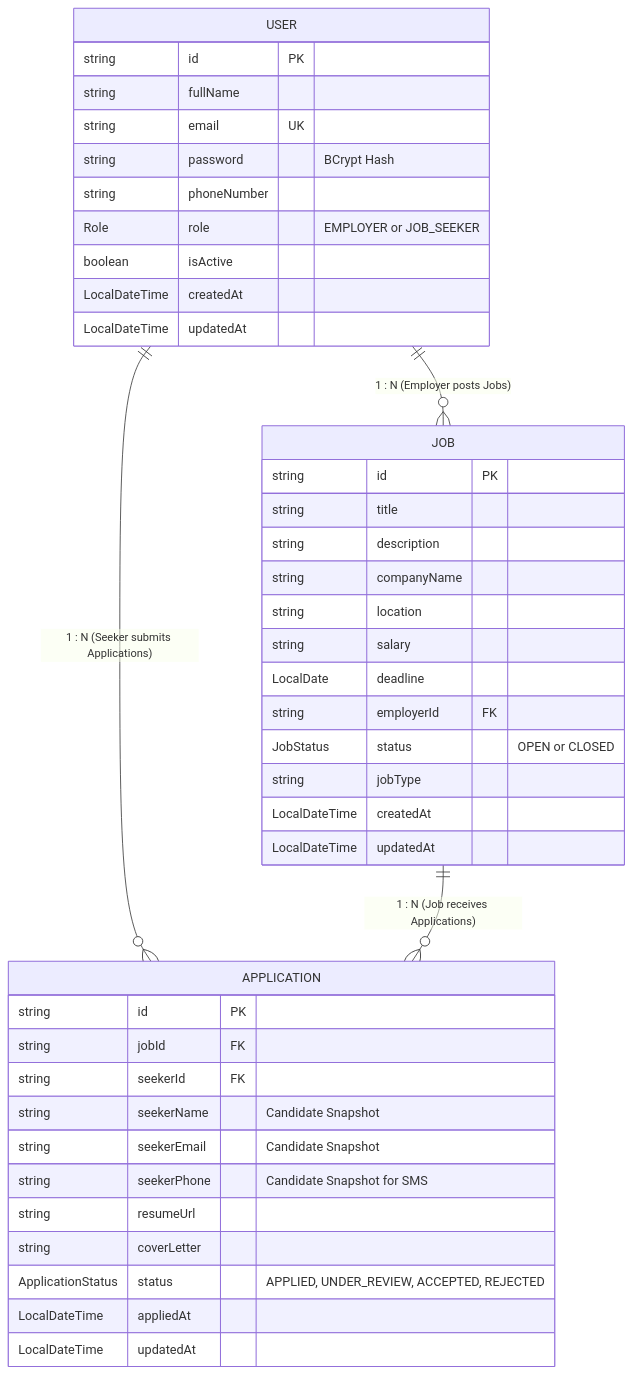
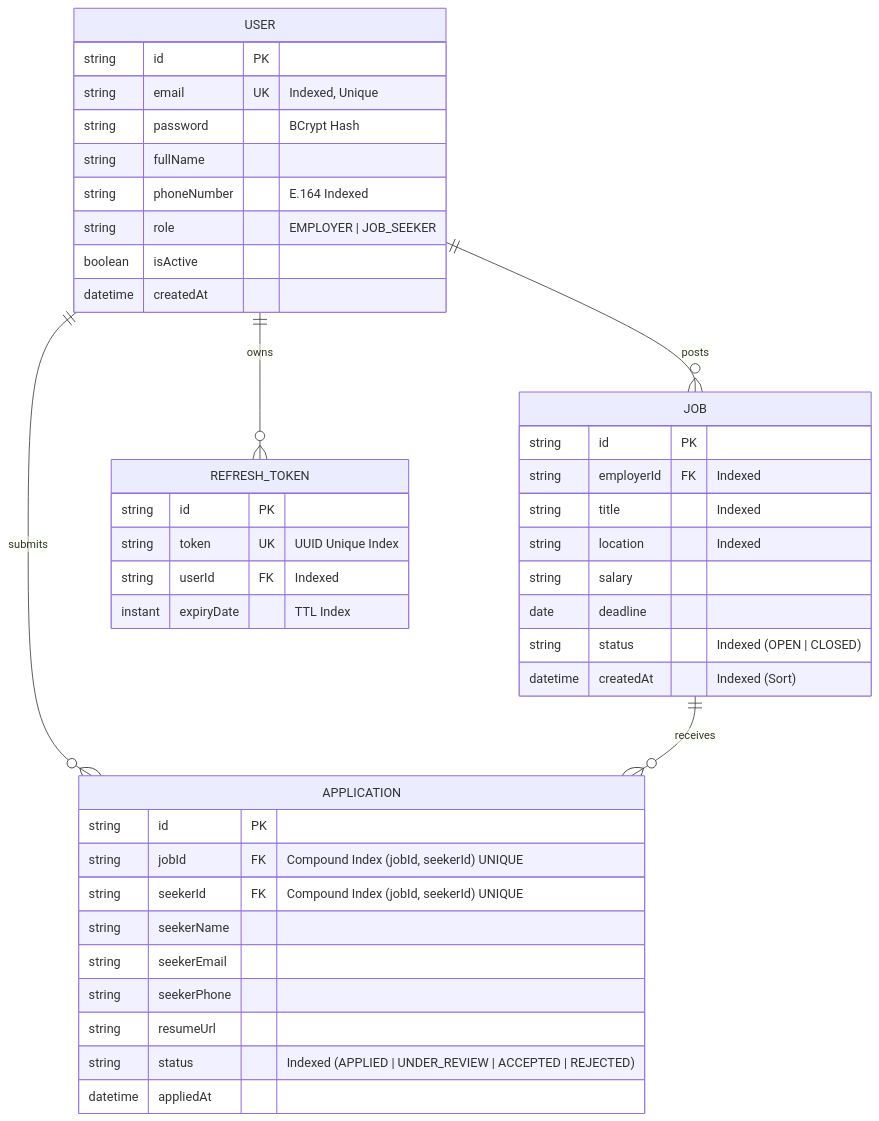
The second of 3 diagrams in careernest-backend/README.md (SIVAPRASANNA2812/CareerNest---Employers-and-Job-Seeker-Project), drawn with Mermaid before and after one commit. The commit also changed other lines of this file, not shown here.

````diff
--- a/careernest-backend/README.md
+++ b/careernest-backend/README.md
@@ -79,47 +114,48 @@
 ```mermaid
 erDiagram
-    USER ||--o{ JOB : "1 : N (Employer posts Jobs)"
-    USER ||--o{ APPLICATION : "1 : N (Seeker submits Applications)"
-    JOB ||--o{ APPLICATION : "1 : N (Job receives Applications)"
+    USER ||--o{ JOB : posts
+    USER ||--o{ APPLICATION : submits
+    USER ||--o{ REFRESH_TOKEN : owns
+    JOB ||--o{ APPLICATION : receives
 
     USER {
         string id PK
+        string email UK "Indexed, Unique"
+        string password "BCrypt Hash"
         string fullName
-        string email UK
-        string password "BCrypt Hash"
-        string phoneNumber
-        Role role "EMPLOYER or JOB_SEEKER"
+        string phoneNumber "E.164 Indexed"
+        string role "EMPLOYER | JOB_SEEKER"
         boolean isActive
-        LocalDateTime createdAt
-        LocalDateTime updatedAt
+        datetime createdAt
     }
 
     JOB {
         string id PK
-        string title
-        string description
-        string companyName
-        string location
+        string employerId FK "Indexed"
+        string title "Indexed"
+        string location "Indexed"
         string salary
-        LocalDate deadline
-        string employerId FK
-        JobStatus status "OPEN or CLOSED"
-        string jobType
-        LocalDateTime createdAt
-        LocalDateTime updatedAt
+        date deadline
+        string status "Indexed (OPEN | CLOSED)"
+        datetime createdAt "Indexed (Sort)"
     }
 
     APPLICATION {
         string id PK
-        string jobId FK
-        string seekerId FK
-        string seekerName "Candidate Snapshot"
-        string seekerEmail "Candidate Snapshot"
-        string seekerPhone "Candidate Snapshot for SMS"
+        string jobId FK "Compound Index (jobId, seekerId) UNIQUE"
+        string seekerId FK "Compound Index (jobId, seekerId) UNIQUE"
+        string seekerName
+        string seekerEmail
+        string seekerPhone
         string resumeUrl
-        string coverLetter
-        ApplicationStatus status "APPLIED, UNDER_REVIEW, ACCEPTED, REJECTED"
-        LocalDateTime appliedAt
-        LocalDateTime updatedAt
+        string status "Indexed (APPLIED | UNDER_REVIEW | ACCEPTED | REJECTED)"
+        datetime appliedAt
+    }
+
+    REFRESH_TOKEN {
+        string id PK
+        string token UK "UUID Unique Index"
+        string userId FK "Indexed"
+        instant expiryDate "TTL Index"
     }
 ```
````
